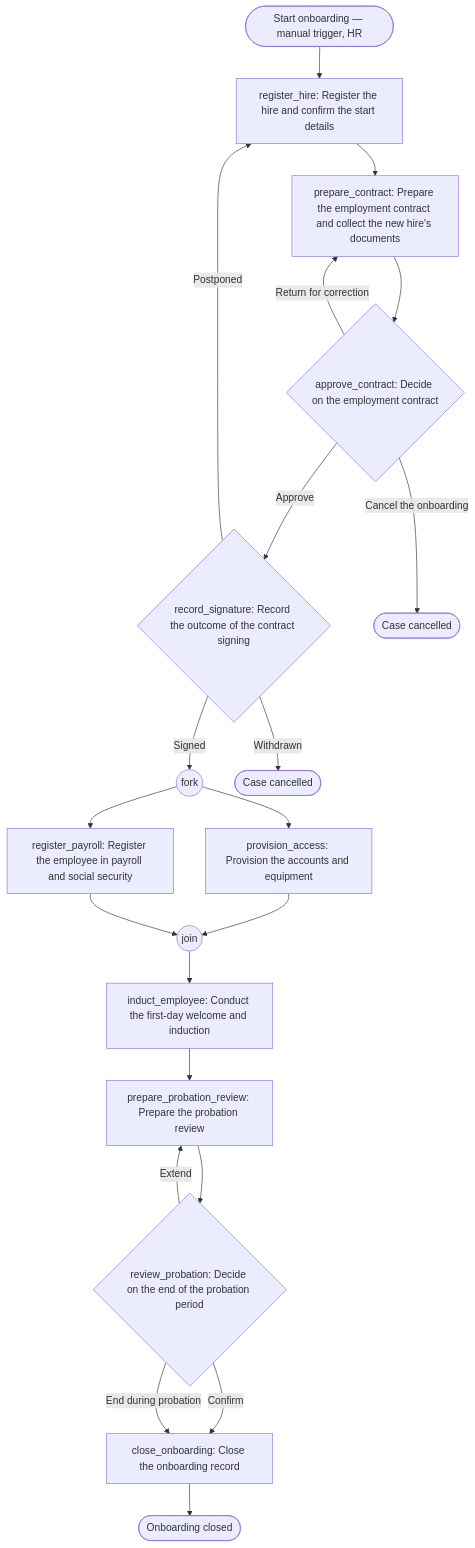
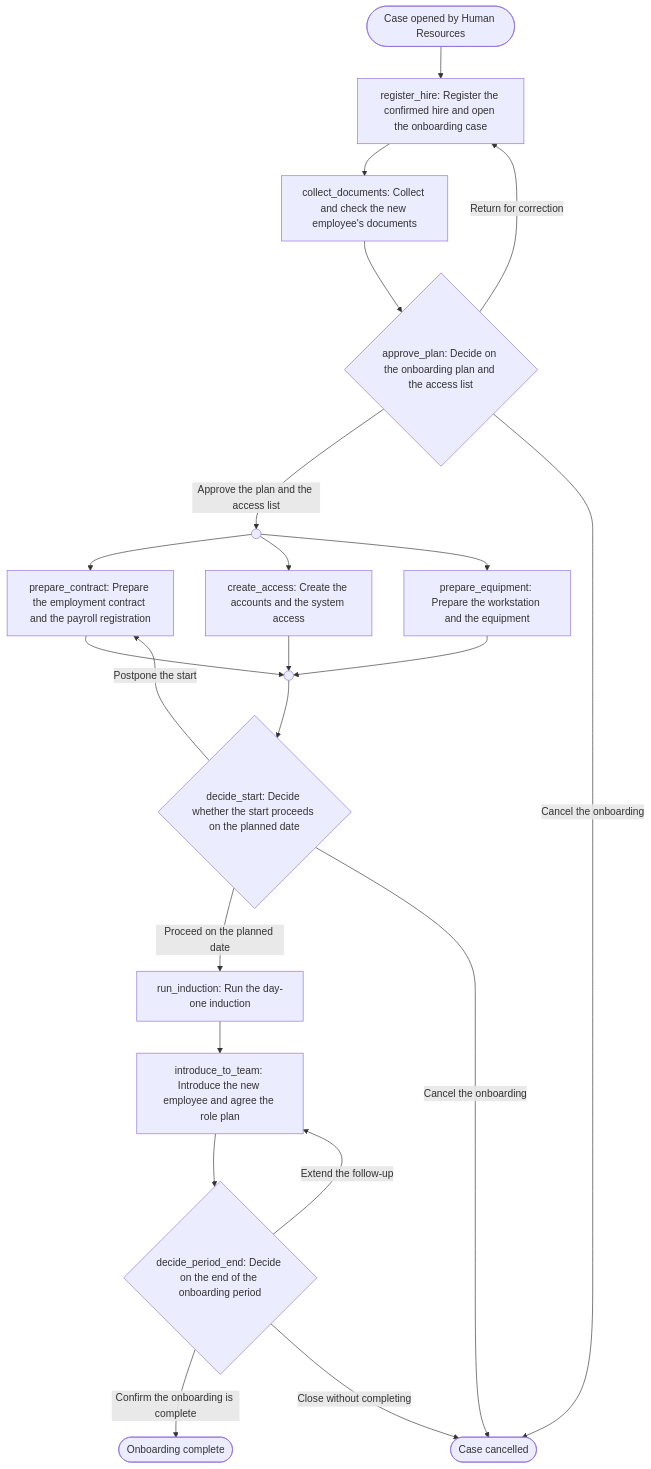
Before and after one commit to pixelinfinito/provia-plugin: the diagram in tests/forward-evaluation/matrix/workflow-designer-incomplete/workflow-design.md, drawn with Mermaid. The commit also changed other lines of this file and 470 other files, not shown here.

````diff
--- a/tests/forward-evaluation/matrix/workflow-designer-incomplete/workflow-design.md
+++ b/tests/forward-evaluation/matrix/workflow-designer-incomplete/workflow-design.md
@@ -59,23 +131,37 @@
 ```mermaid
 flowchart TD
-    start([Start onboarding — manual trigger, HR]) --> register_hire["register_hire: Register the hire and confirm the start details"]
-    register_hire --> prepare_contract["prepare_contract: Prepare the employment contract and collect the new hire's documents"]
-    prepare_contract --> approve_contract{"approve_contract: Decide on the employment contract"}
-    approve_contract -- Approve --> record_signature{"record_signature: Record the outcome of the contract signing"}
-    approve_contract -- Return for correction --> prepare_contract
-    approve_contract -- Cancel the onboarding --> cancelled1([Case cancelled])
-    record_signature -- Signed --> fork((fork))
-    record_signature -- Postponed --> register_hire
-    record_signature -- Withdrawn --> cancelled2([Case cancelled])
-    fork --> provision_access["provision_access: Provision the accounts and equipment"]
-    fork --> register_payroll["register_payroll: Register the employee in payroll and social security"]
-    provision_access --> join((join))
-    register_payroll --> join
-    join --> induct_employee["induct_employee: Conduct the first-day welcome and induction"]
-    induct_employee --> prepare_probation_review["prepare_probation_review: Prepare the probation review"]
-    prepare_probation_review --> review_probation{"review_probation: Decide on the end of the probation period"}
-    review_probation -- Confirm --> close_onboarding["close_onboarding: Close the onboarding record"]
-    review_probation -- Extend --> prepare_probation_review
-    review_probation -- End during probation --> close_onboarding
-    close_onboarding --> done([Onboarding closed])
+  start([Case opened by Human Resources])
+  a1[register_hire: Register the confirmed hire and open the onboarding case]
+  a2[collect_documents: Collect and check the new employee's documents]
+  d1{approve_plan: Decide on the onboarding plan and the access list}
+  fork(( ))
+  a4[prepare_contract: Prepare the employment contract and the payroll registration]
+  a5[create_access: Create the accounts and the system access]
+  a6[prepare_equipment: Prepare the workstation and the equipment]
+  join(( ))
+  d2{decide_start: Decide whether the start proceeds on the planned date}
+  a8[run_induction: Run the day-one induction]
+  a9[introduce_to_team: Introduce the new employee and agree the role plan]
+  d3{decide_period_end: Decide on the end of the onboarding period}
+  done([Onboarding complete])
+  cancelled([Case cancelled])
+
+  start --> a1 --> a2 --> d1
+  d1 -- "Approve the plan and the access list" --> fork
+  d1 -- "Return for correction" --> a1
+  d1 -- "Cancel the onboarding" --> cancelled
+  fork --> a4
+  fork --> a5
+  fork --> a6
+  a4 --> join
+  a5 --> join
+  a6 --> join
+  join --> d2
+  d2 -- "Proceed on the planned date" --> a8
+  d2 -- "Postpone the start" --> a4
+  d2 -- "Cancel the onboarding" --> cancelled
+  a8 --> a9 --> d3
+  d3 -- "Confirm the onboarding is complete" --> done
+  d3 -- "Extend the follow-up" --> a9
+  d3 -- "Close without completing" --> cancelled
 ```
````
